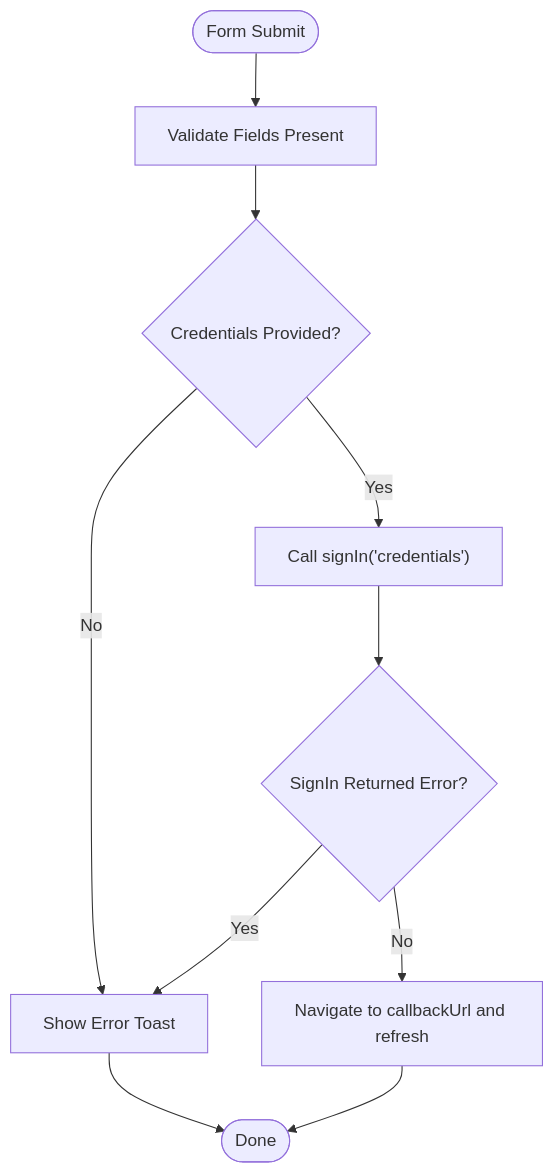
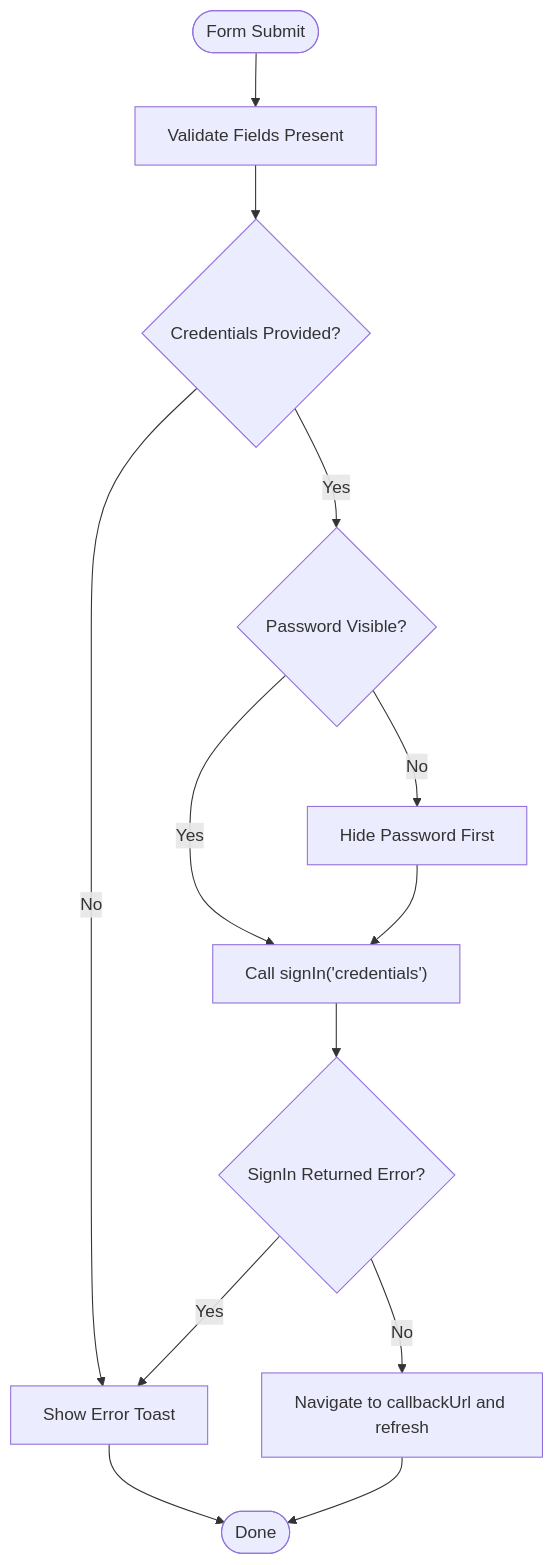
One commit to jrj444/git-daily changed the third of 10 diagrams in .qoder/repowiki/en/content/Authentication and Authorization/Authentication Flow.md. Above: the diagram before and after it, drawn with Mermaid. The commit also changed other lines of this file and 3 other files, not shown here.

````diff
--- a/.qoder/repowiki/en/content/Authentication and Authorization/Authentication Flow.md
+++ b/.qoder/repowiki/en/content/Authentication and Authorization/Authentication Flow.md
@@ -145,12 +160,15 @@
 ```mermaid
 flowchart TD
 Start(["Form Submit"]) --> Validate["Validate Fields Present"]
 Validate --> FieldsOK{"Credentials Provided?"}
 FieldsOK --> |No| ShowError["Show Error Toast"]
-FieldsOK --> |Yes| CallSignIn["Call signIn('credentials')"]
+FieldsOK --> |Yes| ToggleCheck{"Password Visible?"}
+ToggleCheck --> |Yes| CallSignIn["Call signIn('credentials')"]
+ToggleCheck --> |No| HidePassword["Hide Password First"]
+HidePassword --> CallSignIn
 CallSignIn --> SignInOK{"SignIn Returned Error?"}
 SignInOK --> |Yes| ShowError
 SignInOK --> |No| Redirect["Navigate to callbackUrl and refresh"]
 Redirect --> End(["Done"])
 ShowError --> End
 ```
````
